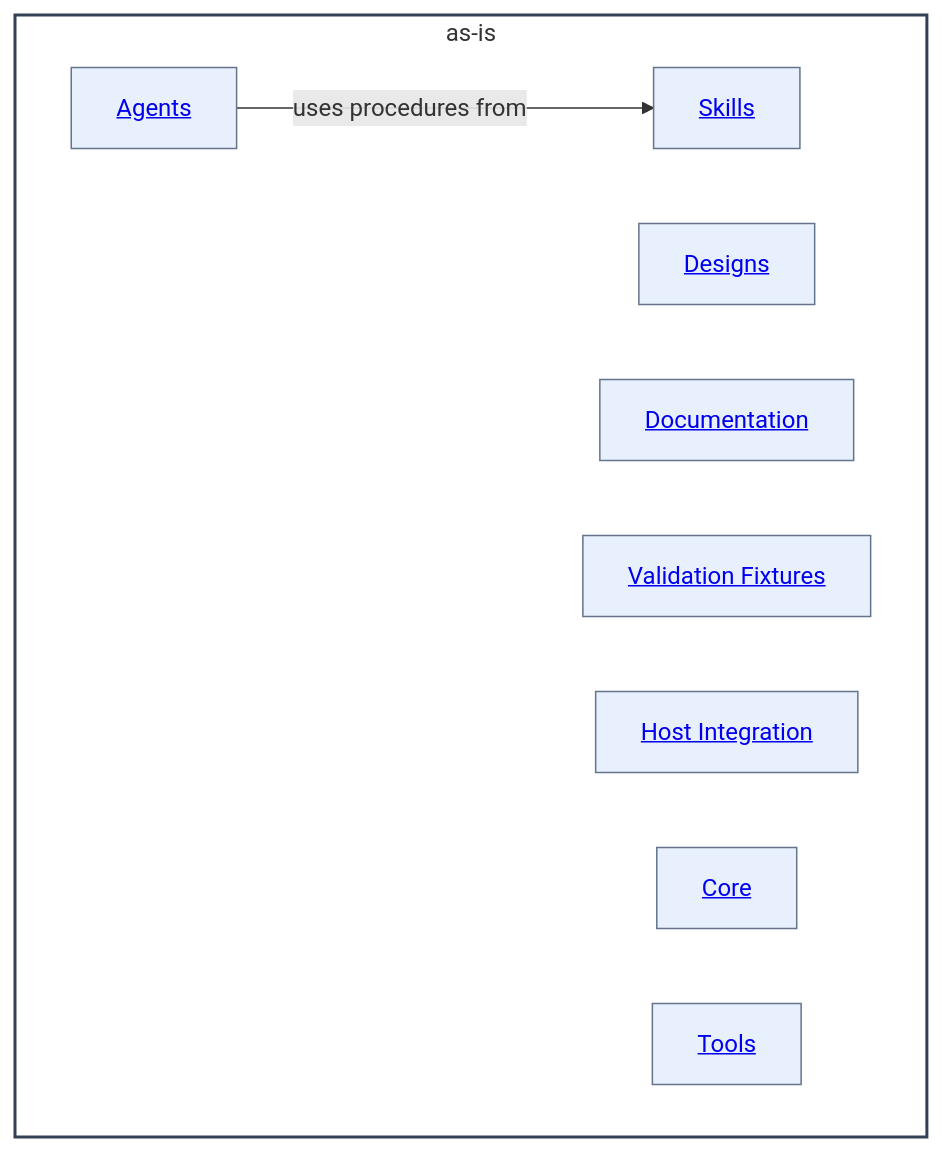
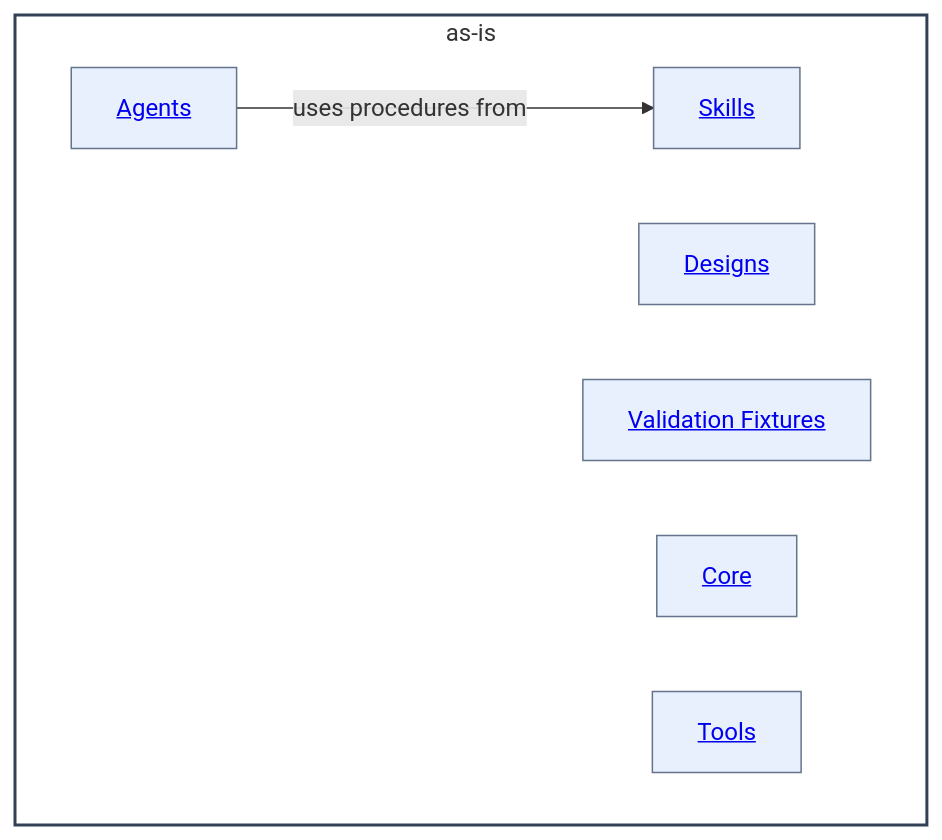
Before and after one commit to abstract-business-systems/as-is: the diagram in as-is.md, drawn with Mermaid. The commit also changed other lines of this file and 55 other files, not shown here.

````diff
--- a/as-is.md
+++ b/as-is.md
@@ -41,20 +39,18 @@
 ```mermaid
 %%{init: {"securityLevel": "loose"}}%%
 flowchart LR
     subgraph Root["as-is"]
         direction LR
         Agents["<a href='./agents/as-is.md#design'>Agents</a>"]
         Designs["<a href='./designs/as-is.md#design'>Designs</a>"]
         Skills["<a href='./skills/as-is.md#design'>Skills</a>"]
-        Documentation["<a href='./docs/as-is.md#design'>Documentation</a>"]
         Fixtures["<a href='./validation-fixtures/as-is.md#design'>Validation Fixtures</a>"]
-        HostIntegration["<a href='./host-integration/as-is.md#design'>Host Integration</a>"]
         Core["<a href='./core/as-is.md#design'>Core</a>"]
         Tools["<a href='./tools/as-is.md#design'>Tools</a>"]
         Agents -->|uses procedures from| Skills
     end
     classDef component fill:#f8fafc,fill-opacity:0.1,stroke:#334155,stroke-width:2px
     classDef child fill:#2563eb,fill-opacity:0.1,stroke:#64748b,stroke-width:1px
     class Root component
-    class Agents,Designs,Skills,Documentation,Fixtures,HostIntegration,Core,Tools child
+    class Agents,Designs,Skills,Fixtures,Core,Tools child
 ```
````
